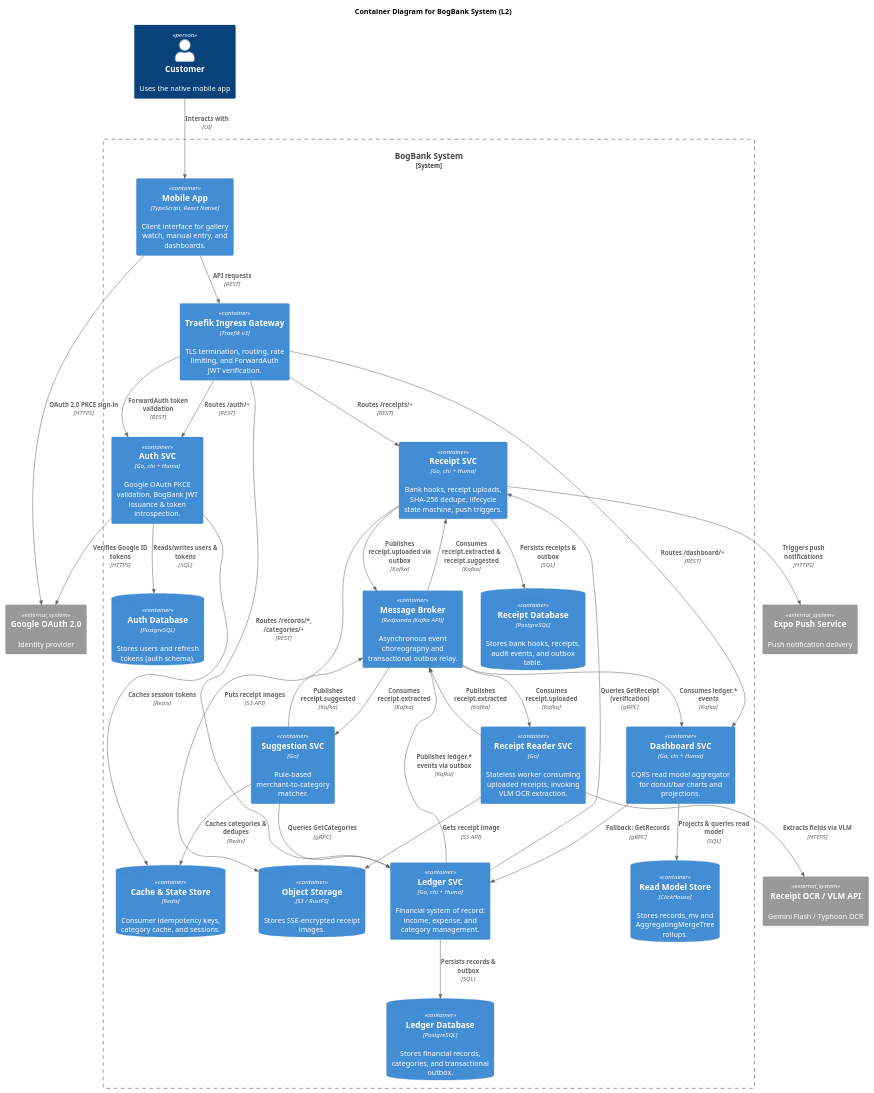
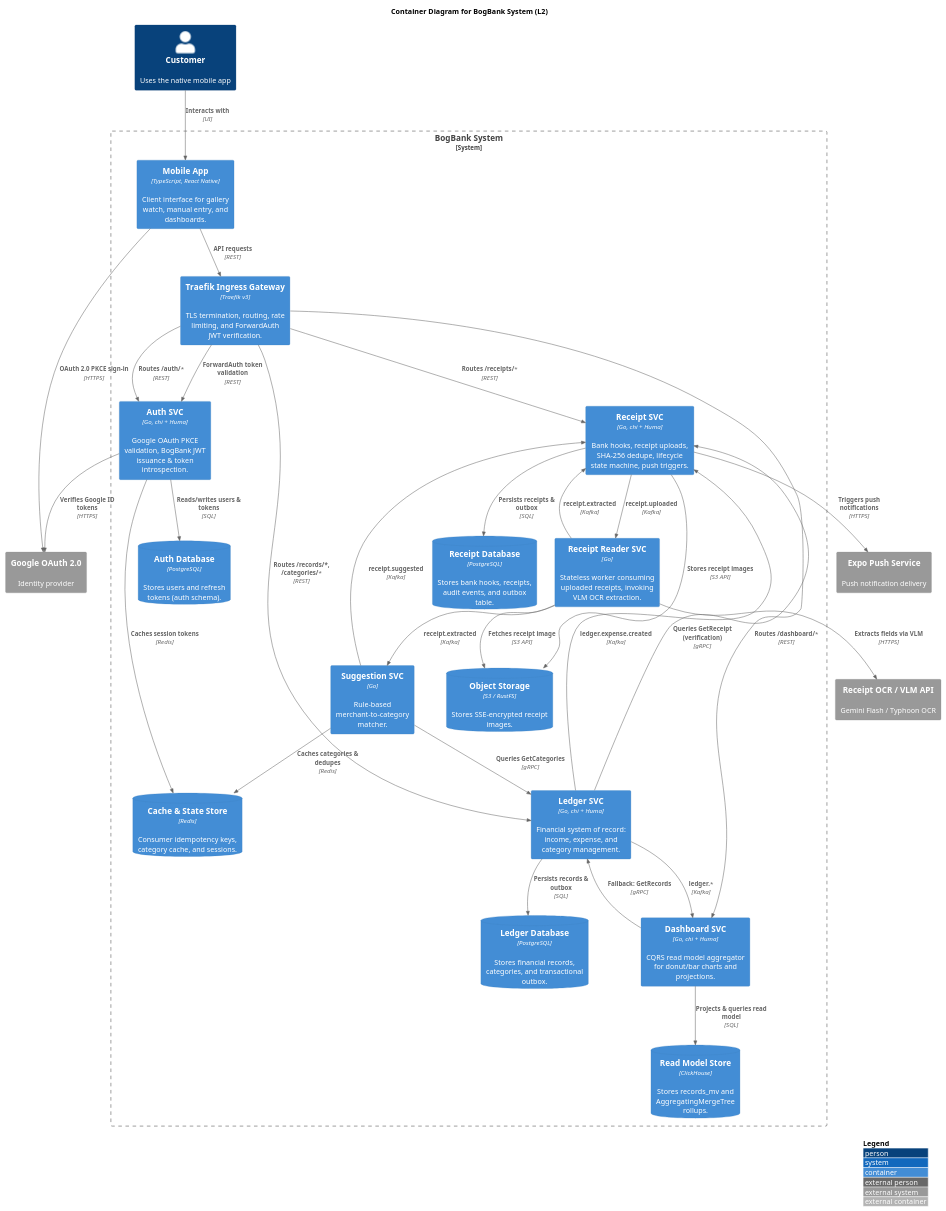
Before and after one commit to moomaideng/bogbank: the second of 7 diagrams in docs/arch/microservices-design/architecture-diagram.puml, drawn with PlantUML. The commit also changed other lines of this file and 9 other files, not shown here.

```diff
--- a/docs/arch/microservices-design/architecture-diagram.puml
+++ b/docs/arch/microservices-design/architecture-diagram.puml
@@ -23,71 +22,67 @@
 @startuml C4_Container_BogBank
 !include <C4/C4_Container>
+LAYOUT_WITH_LEGEND()
 
 title Container Diagram for BogBank System (L2)
 
 Person(customer, "Customer", "Uses the native mobile app")
 
 System_Ext(google_auth, "Google OAuth 2.0", "Identity provider")
 System_Ext(vlm_api, "Receipt OCR / VLM API", "Gemini Flash / Typhoon OCR")
 System_Ext(expo_push, "Expo Push Service", "Push notification delivery")
 
 System_Boundary(bogbank_system, "BogBank System") {
     Container(mobile_app, "Mobile App", "TypeScript, React Native", "Client interface for gallery watch, manual entry, and dashboards.")
     Container(traefik, "Traefik Ingress Gateway", "Traefik v3", "TLS termination, routing, rate limiting, and ForwardAuth JWT verification.")
 
     Container(auth_svc, "Auth SVC", "Go, chi + Huma", "Google OAuth PKCE validation, BogBank JWT issuance & token introspection.")
     Container(receipt_svc, "Receipt SVC", "Go, chi + Huma", "Bank hooks, receipt uploads, SHA-256 dedupe, lifecycle state machine, push triggers.")
     Container(reader_svc, "Receipt Reader SVC", "Go", "Stateless worker consuming uploaded receipts, invoking VLM OCR extraction.")
     Container(suggest_svc, "Suggestion SVC", "Go", "Rule-based merchant-to-category matcher.")
     Container(ledger_svc, "Ledger SVC", "Go, chi + Huma", "Financial system of record: income, expense, and category management.")
     Container(dash_svc, "Dashboard SVC", "Go, chi + Huma", "CQRS read model aggregator for donut/bar charts and projections.")
 
     ContainerDb(auth_db, "Auth Database", "PostgreSQL", "Stores users and refresh tokens (auth schema).")
     ContainerDb(receipt_db, "Receipt Database", "PostgreSQL", "Stores bank hooks, receipts, audit events, and outbox table.")
     ContainerDb(ledger_db, "Ledger Database", "PostgreSQL", "Stores financial records, categories, and transactional outbox.")
     ContainerDb(ch_db, "Read Model Store", "ClickHouse", "Stores records_mv and AggregatingMergeTree rollups.")
     ContainerDb(redis_db, "Cache & State Store", "Redis", "Consumer idempotency keys, category cache, and sessions.")
     ContainerDb(blob_store, "Object Storage", "S3 / RustFS", "Stores SSE-encrypted receipt images.")
-
-    Container(redpanda, "Message Broker", "Redpanda (Kafka API)", "Asynchronous event choreography and transactional outbox relay.")
 }
 
 Rel(customer, mobile_app, "Interacts with", "UI")
 Rel(mobile_app, google_auth, "OAuth 2.0 PKCE sign-in", "HTTPS")
 Rel(mobile_app, traefik, "API requests", "REST")
 
 Rel(traefik, auth_svc, "ForwardAuth token validation", "REST")
 Rel(traefik, auth_svc, "Routes /auth/*", "REST")
 Rel(traefik, receipt_svc, "Routes /receipts/*", "REST")
 Rel(traefik, ledger_svc, "Routes /records/*, /categories/*", "REST")
 Rel(traefik, dash_svc, "Routes /dashboard/*", "REST")
 
 Rel(auth_svc, google_auth, "Verifies Google ID tokens", "HTTPS")
 Rel(auth_svc, auth_db, "Reads/writes users & tokens", "SQL")
 Rel(auth_svc, redis_db, "Caches session tokens", "Redis")
 
 Rel(receipt_svc, receipt_db, "Persists receipts & outbox", "SQL")
-Rel(receipt_svc, blob_store, "Puts receipt images", "S3 API")
+Rel(receipt_svc, blob_store, "Stores receipt images", "S3 API")
 Rel(receipt_svc, expo_push, "Triggers push notifications", "HTTPS")
-Rel(receipt_svc, redpanda, "Publishes receipt.uploaded via outbox", "Kafka")
 
-Rel(redpanda, reader_svc, "Consumes receipt.uploaded", "Kafka")
-Rel(reader_svc, blob_store, "Gets receipt image", "S3 API")
+Rel(receipt_svc, reader_svc, "receipt.uploaded", "Kafka")
+Rel(reader_svc, blob_store, "Fetches receipt image", "S3 API")
 Rel(reader_svc, vlm_api, "Extracts fields via VLM", "HTTPS")
-Rel(reader_svc, redpanda, "Publishes receipt.extracted", "Kafka")
+Rel(reader_svc, receipt_svc, "receipt.extracted", "Kafka")
+Rel(reader_svc, suggest_svc, "receipt.extracted", "Kafka")
 
-Rel(redpanda, suggest_svc, "Consumes receipt.extracted", "Kafka")
 Rel(suggest_svc, ledger_svc, "Queries GetCategories", "gRPC")
 Rel(suggest_svc, redis_db, "Caches categories & dedupes", "Redis")
-Rel(suggest_svc, redpanda, "Publishes receipt.suggested", "Kafka")
-
-Rel(redpanda, receipt_svc, "Consumes receipt.extracted & receipt.suggested", "Kafka")
+Rel(suggest_svc, receipt_svc, "receipt.suggested", "Kafka")
 
 Rel(ledger_svc, receipt_svc, "Queries GetReceipt (verification)", "gRPC")
 Rel(ledger_svc, ledger_db, "Persists records & outbox", "SQL")
-Rel(ledger_svc, redpanda, "Publishes ledger.* events via outbox", "Kafka")
+Rel(ledger_svc, receipt_svc, "ledger.expense.created", "Kafka")
+Rel(ledger_svc, dash_svc, "ledger.*", "Kafka")
 
-Rel(redpanda, dash_svc, "Consumes ledger.* events", "Kafka")
 Rel(dash_svc, ch_db, "Projects & queries read model", "SQL")
 Rel(dash_svc, ledger_svc, "Fallback: GetRecords", "gRPC")
 @enduml
```
